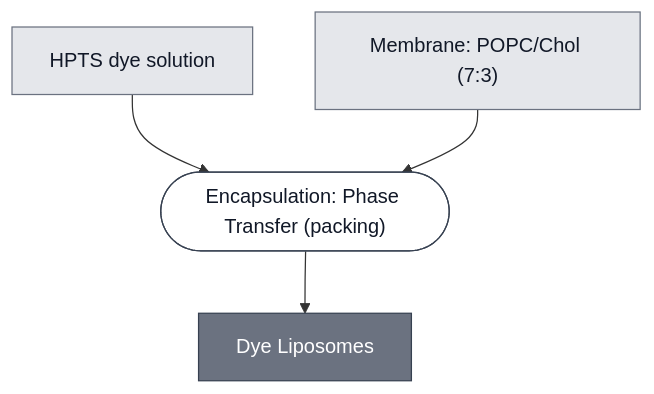
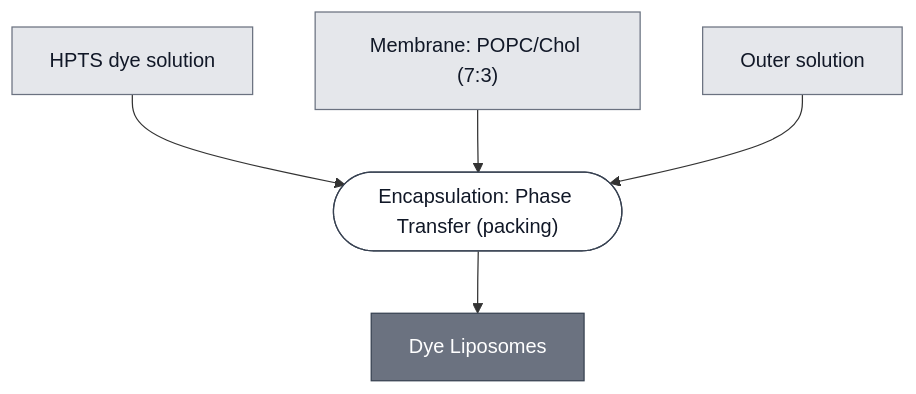
One commit to nucleus-eng/nucleus-docs changed the diagram in docs/modules/dye-liposomes/spec.md. Above: the diagram before and after it, drawn with Mermaid. The commit also changed 41 other files, not shown here.

````diff
--- a/docs/modules/dye-liposomes/spec.md
+++ b/docs/modules/dye-liposomes/spec.md
@@ -21,24 +21,27 @@
 ```mermaid
 flowchart TD
+    OUTER_SOLUTION["Outer solution"]
     HPTS["HPTS dye solution"]
     MEMBRANE_POPC_CHOL["Membrane: POPC/Chol (7:3)"]
 
     P1_ENCAPSULATE_0(["Encapsulation: Phase Transfer (packing)"])
     DYE_LIPOSOMES["Dye Liposomes"]
 
     HPTS --> P1_ENCAPSULATE_0
     MEMBRANE_POPC_CHOL --> P1_ENCAPSULATE_0
+    OUTER_SOLUTION --> P1_ENCAPSULATE_0
     P1_ENCAPSULATE_0 --> DYE_LIPOSOMES
 
 
     classDef leaf     fill:#e5e7eb,stroke:#6b7280,color:#111827;
     classDef composed fill:#6b7280,stroke:#374151,color:#ffffff;
     classDef process  fill:#ffffff,stroke:#374151,color:#111827;
-    class HPTS,MEMBRANE_POPC_CHOL leaf;
+    class OUTER_SOLUTION,HPTS,MEMBRANE_POPC_CHOL leaf;
     class DYE_LIPOSOMES composed;
     class P1_ENCAPSULATE_0 process;
 
+    click OUTER_SOLUTION "/docs/modules/outer-solution/spec"
     click MEMBRANE_POPC_CHOL "/docs/modules/membrane-popc-chol/spec"
     click P1_ENCAPSULATE_0 "/docs/processes/assemble-base-cell/main"
     click DYE_LIPOSOMES "/docs/modules/dye-liposomes/spec"
 ```
````
